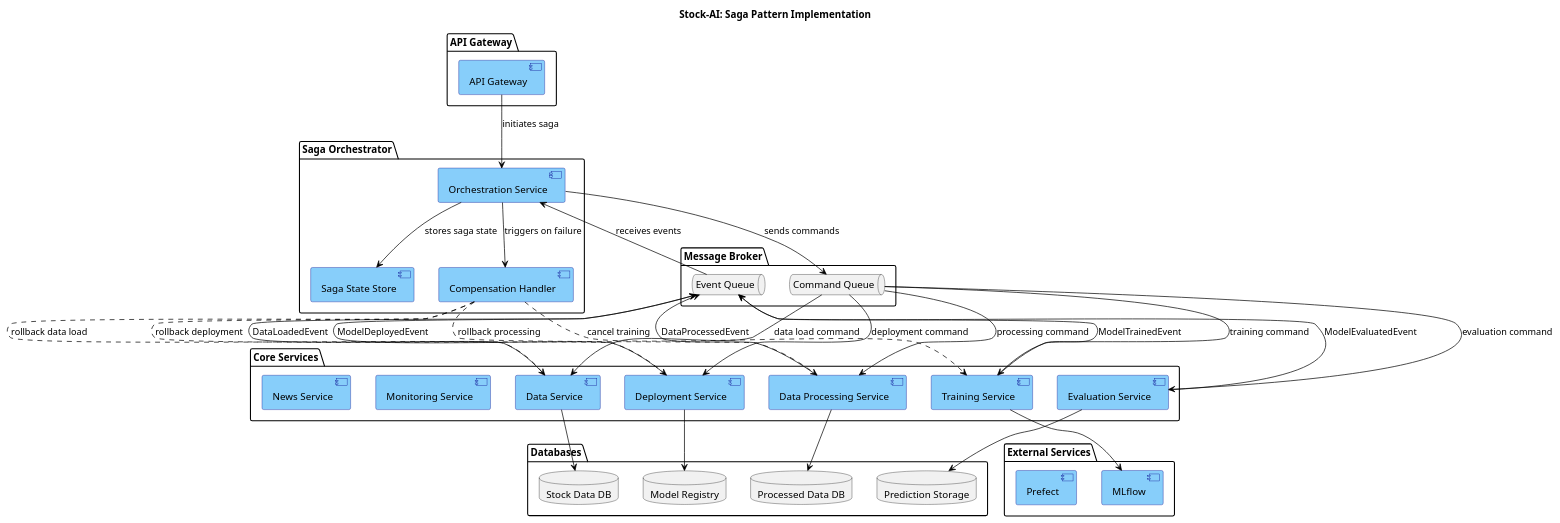
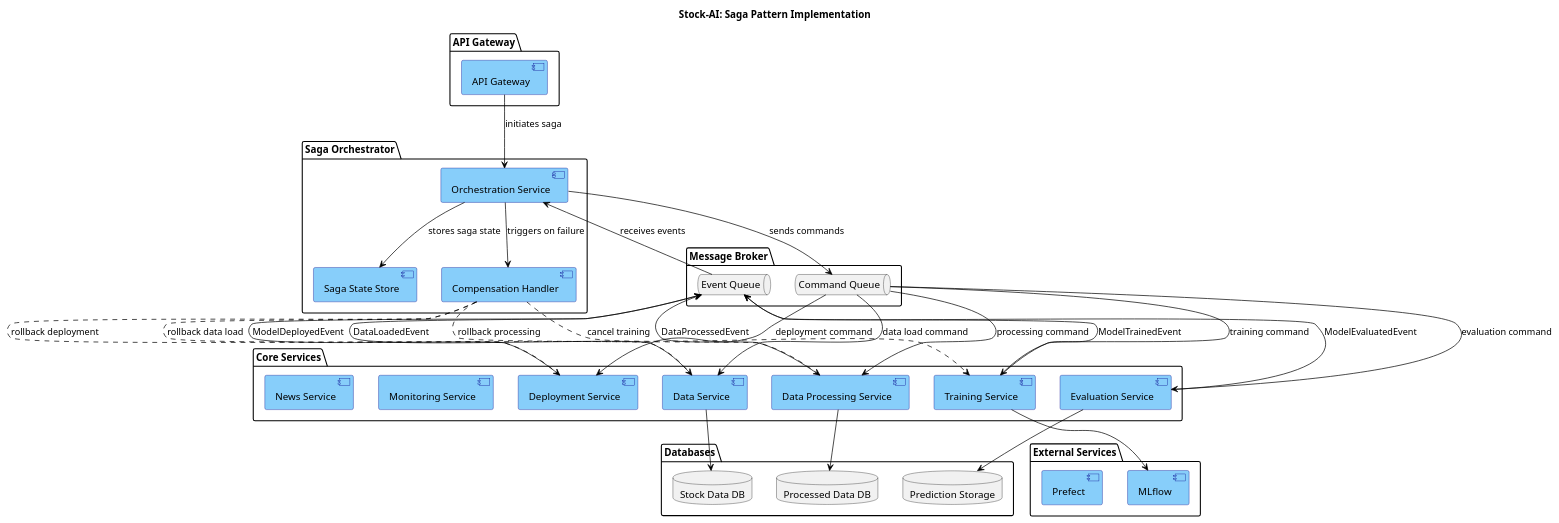
Before and after one commit to LOG795-PFE031/stock-ai_pfe031: the diagram in docs/saga/Saga_Pattern_Component_Diagram.puml, drawn with PlantUML.

Commit message:
Remove Model Registry database from Saga Pattern Component Diagram

```diff
--- a/docs/saga/Saga_Pattern_Component_Diagram.puml
+++ b/docs/saga/Saga_Pattern_Component_Diagram.puml
@@ -1,84 +1,82 @@
 @startuml Saga_Pattern_Component_Diagram
 
 title Stock-AI: Saga Pattern Implementation
 
 skinparam component {
   BackgroundColor LightSkyBlue
   BorderColor DarkBlue
   ArrowColor Black
 }
 
 package "API Gateway" {
   [API Gateway] as api
 }
 
 package "Saga Orchestrator" {
   [Orchestration Service] as orchestrator
   [Saga State Store] as sagaStore
   [Compensation Handler] as compensationHandler
 }
 
 package "Core Services" {
   [Data Service] as dataService
   [Data Processing Service] as dataProcessingService
   [Training Service] as trainingService
   [Evaluation Service] as evaluationService
   [Deployment Service] as deploymentService
   [Monitoring Service] as monitoringService
   [News Service] as newsService
 }
 
 package "Message Broker" {
   queue "Command Queue" as commandQueue
   queue "Event Queue" as eventQueue
 }
 
 package "Databases" {
   database "Stock Data DB" as stockDB
   database "Processed Data DB" as processedDB
   database "Prediction Storage" as predictionDB
-  database "Model Registry" as modelRegistry
 }
 
 package "External Services" {
   [MLflow] as mlflow
   [Prefect] as prefect
 }
 
 ' API Gateway interactions
 api --> orchestrator : initiates saga
 
 ' Orchestrator interactions with queues
 orchestrator --> commandQueue : sends commands
 orchestrator <-- eventQueue : receives events
 orchestrator --> sagaStore : stores saga state
 orchestrator --> compensationHandler : triggers on failure
 
 ' Service interactions with queues
 commandQueue --> dataService : data load command
 commandQueue --> dataProcessingService : processing command
 commandQueue --> trainingService : training command
 commandQueue --> evaluationService : evaluation command
 commandQueue --> deploymentService : deployment command
 
 ' Event publications
 dataService --> eventQueue : DataLoadedEvent
 dataProcessingService --> eventQueue : DataProcessedEvent
 trainingService --> eventQueue : ModelTrainedEvent
 evaluationService --> eventQueue : ModelEvaluatedEvent
 deploymentService --> eventQueue : ModelDeployedEvent
 
 ' Service databases
 dataService --> stockDB
 dataProcessingService --> processedDB
 trainingService --> mlflow
 evaluationService --> predictionDB
-deploymentService --> modelRegistry
 
 ' Compensation paths (dashed)
 compensationHandler ..> dataService : rollback data load
 compensationHandler ..> dataProcessingService : rollback processing
 compensationHandler ..> trainingService : cancel training
 compensationHandler ..> deploymentService : rollback deployment
 
 @enduml
```
